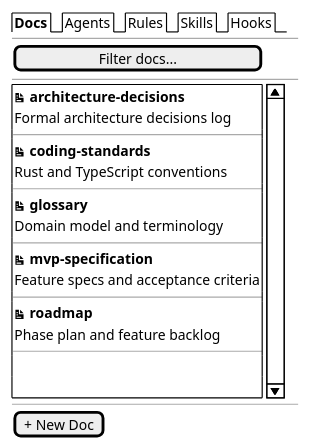
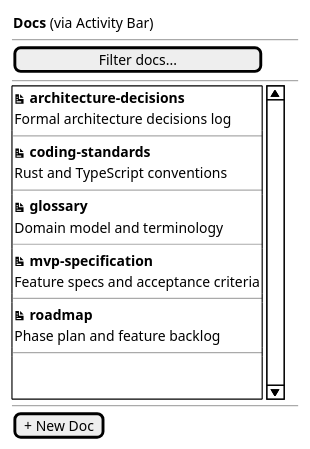
Before and after one commit to orqastudio/app: the first of 5 diagrams in docs/ui/wireframes/artifact-browser.md, drawn with PlantUML. The commit also changed other lines of this file and 19 other files, not shown here.

````diff
--- a/docs/ui/wireframes/artifact-browser.md
+++ b/docs/ui/wireframes/artifact-browser.md
@@ -13,41 +13,41 @@
 ```plantuml
 @startsalt
 {
-  {/ <b>Docs</b> | Agents | Rules | Skills | Hooks }
+  { <b>Docs</b> (via Activity Bar) }
   ---
   [Filter docs...            ]
   ---
   {SI
     {
       <&document> <b>architecture-decisions</b>
       Formal architecture decisions log
     }
     ---
     {
       <&document> <b>coding-standards</b>
       Rust and TypeScript conventions
     }
     ---
     {
       <&document> <b>glossary</b>
       Domain model and terminology
     }
     ---
     {
       <&document> <b>mvp-specification</b>
       Feature specs and acceptance criteria
     }
     ---
     {
       <&document> <b>roadmap</b>
       Phase plan and feature backlog
     }
     ---
     .
     .
   }
   ---
   [+ New Doc]
 }
 @endsalt
 ```
````
